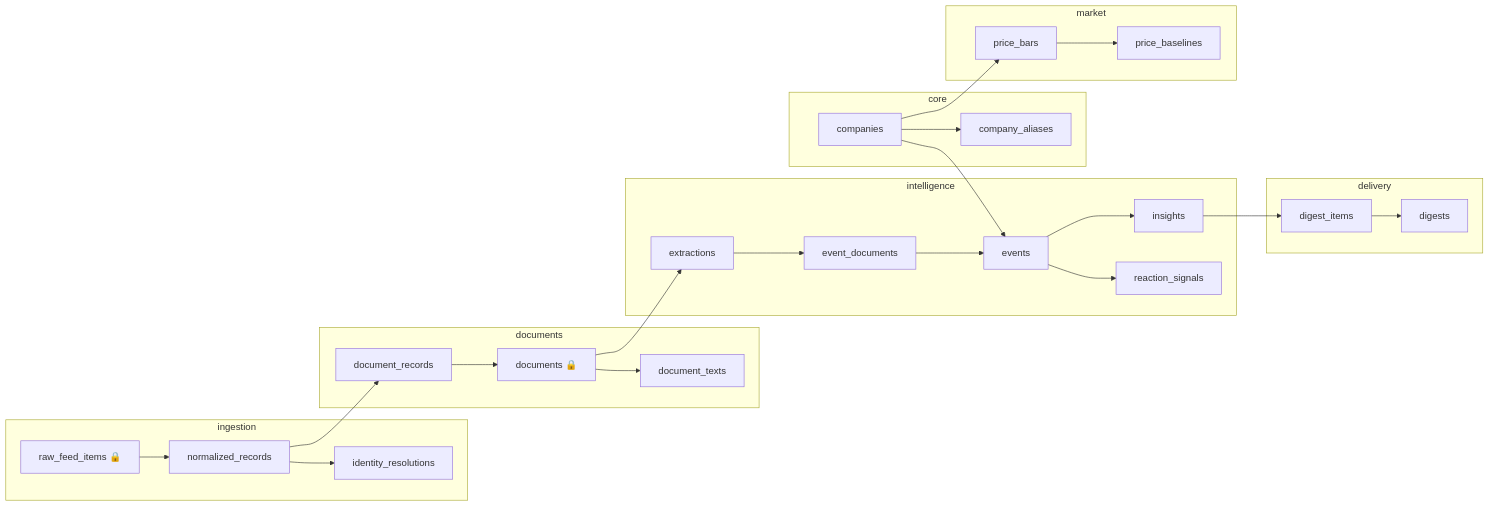
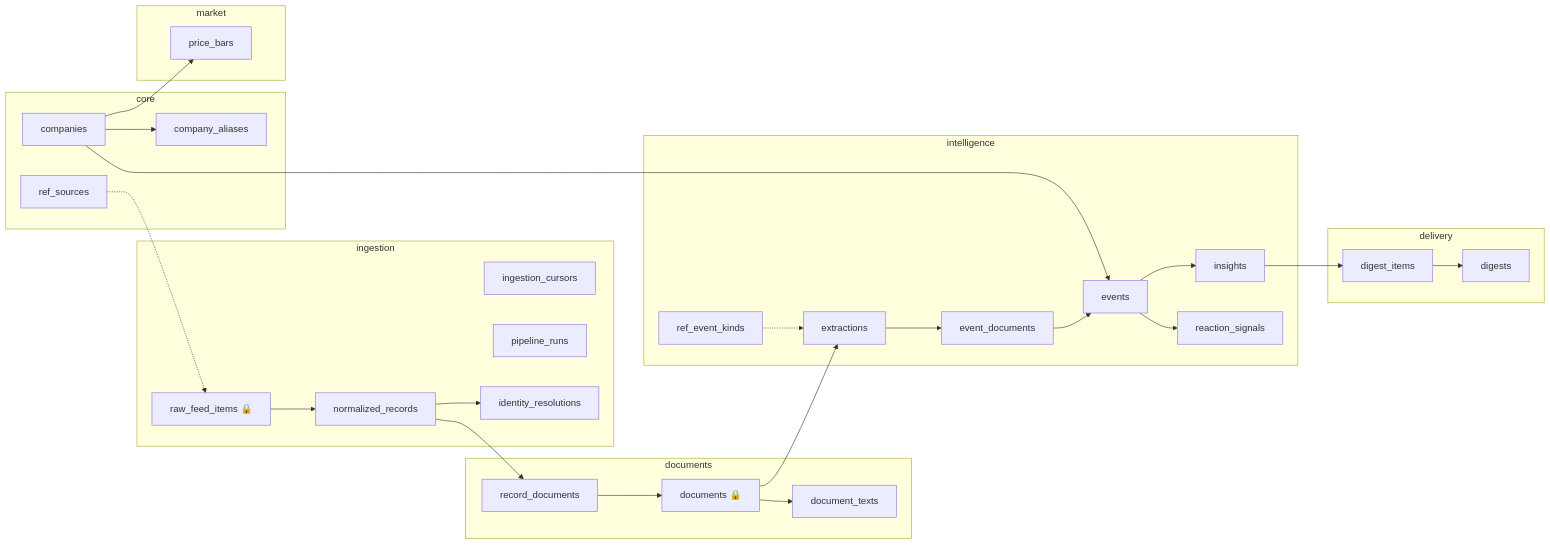
The first of 2 diagrams in docs/database-schema.md (product-noob/stock-tracker), drawn with Mermaid before and after one commit. The commit also changed other lines of this file and 1 other file, not shown here.

Commit message:
db: apply architect review fixes 1-13 — source-native dedup keys, ref tables for growing vocabularies, ingestion cursors + run funnel, price adjustment flag, rulepack versioning, drop price_baselines

````diff
--- a/docs/database-schema.md
+++ b/docs/database-schema.md
@@ -13,42 +27,47 @@
 ```mermaid
 flowchart LR
     subgraph core["core"]
         COMPANIES[companies]
         ALIASES[company_aliases]
+        REFSRC[ref_sources]
     end
     subgraph ingestion["ingestion"]
         RAW[raw_feed_items 🔒]
+        CUR[ingestion_cursors]
+        RUNS[pipeline_runs]
         NORM[normalized_records]
         RES[identity_resolutions]
     end
     subgraph documents["documents"]
         DOCS[documents 🔒]
-        DREC[document_records]
+        RDOC[record_documents]
         DTEXT[document_texts]
     end
     subgraph intelligence["intelligence"]
+        REFKind[ref_event_kinds]
         EXT[extractions]
         EVT[events]
         EDOC[event_documents]
         INS[insights]
         RSIG[reaction_signals]
     end
     subgraph market["market"]
         BARS[price_bars]
-        BASE[price_baselines]
     end
     subgraph delivery["delivery"]
         DIG[digests]
         DITEM[digest_items]
     end
 
     COMPANIES --> ALIASES
     RAW --> NORM --> RES
-    NORM --> DREC --> DOCS
+    NORM --> RDOC --> DOCS
     DOCS --> DTEXT
     DOCS --> EXT --> EDOC --> EVT --> INS
     EVT --> RSIG
-    COMPANIES --> BARS --> BASE
+    COMPANIES --> BARS
     COMPANIES --> EVT
     INS --> DITEM --> DIG
+    REFSRC -.-> RAW
+    REFKind -.-> EXT
 ```
````
